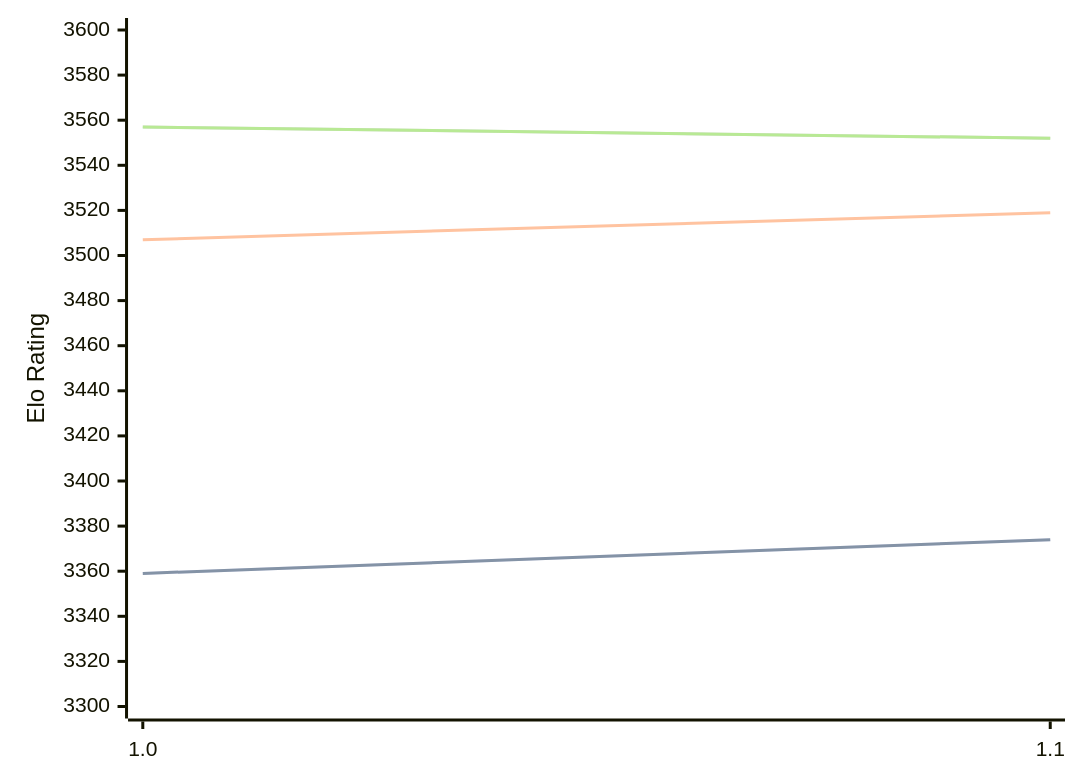
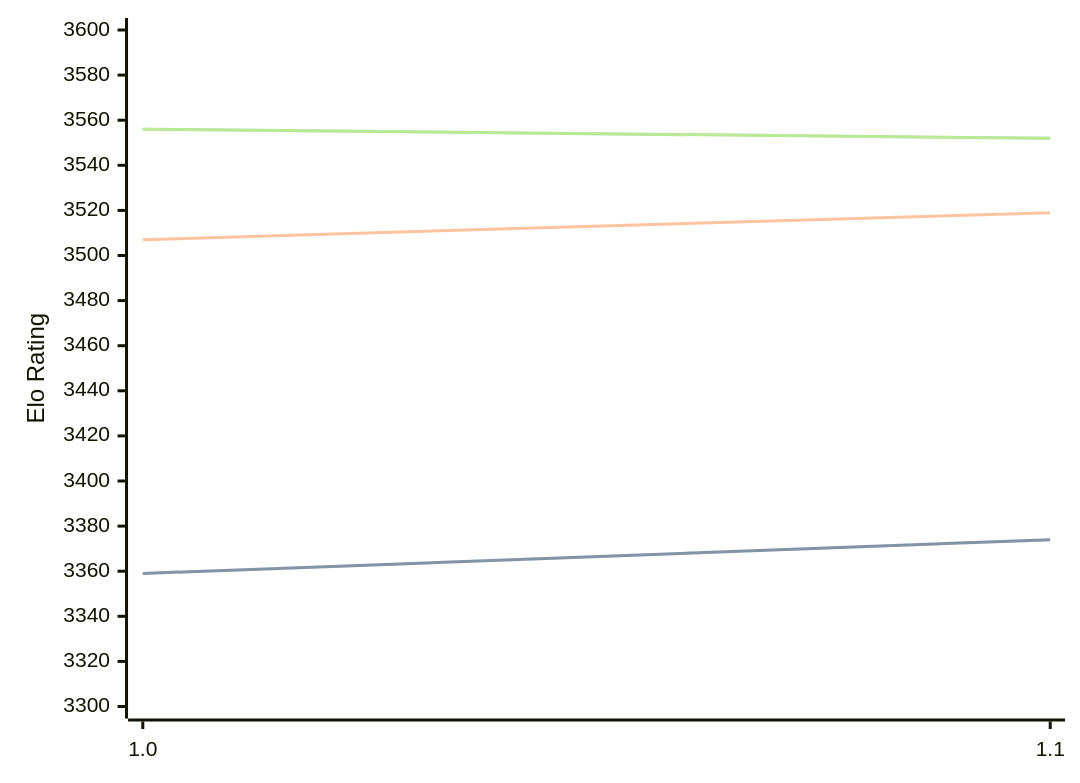
Before and after one commit to computer-chess-index/cci: the diagram in engines/Horsie.md, drawn with Mermaid. The commit also changed other lines of this file, not shown here.

Commit message:
Update CCI Ratings (ELO VLTC) - 2026-03-26

````diff
--- a/engines/Horsie.md
+++ b/engines/Horsie.md
@@ -32,11 +32,11 @@
 ```mermaid
 %%{init: {"theme":"base","themeVariables":{"seriesColors:['#a3a3a3','#222221','#faa371']}}}%%
 xychart-beta
   x-axis ["1.0", "1.1"]
   y-axis "Elo Rating" 3300 --> 3600
   line "STC (8.0+0.08s)" [3359, 3374]
   line "STC (8.0+0.08s)" [3359, 3374]
   line "LTC (60.0+0.60s)" [3507, 3519]
-  line "VLTC (2m24s+1.12s)" [3557, 3552]
-  line "VLTC (2m24s+1.12s)" [3557, 3552]
+  line "VLTC (2m24s+1.12s)" [3556, 3552]
+  line "VLTC (2m24s+1.12s)" [3556, 3552]
 ```
````
